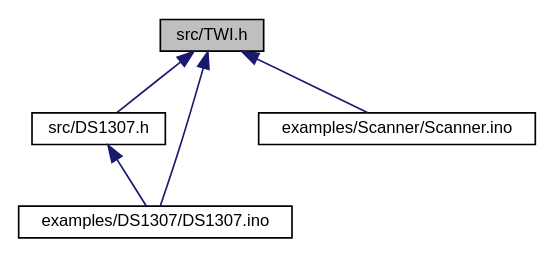
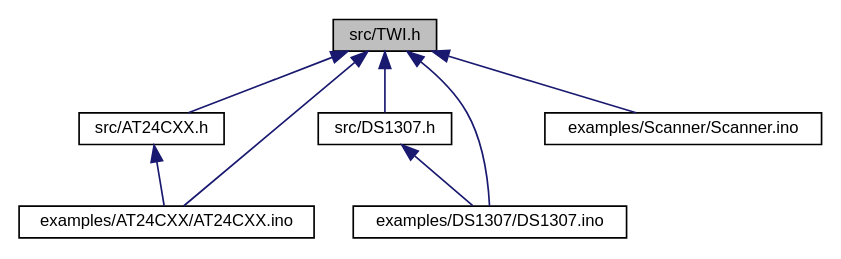
The diagram in Arduino-TWI/d5/d2a/TWI_8h__dep__incl.dot (mikaelpatel/mikaelpatel.github.io), drawn with Graphviz before and after one commit. The commit also changed 386 other files, not shown here.

```diff
--- a/Arduino-TWI/d5/d2a/TWI_8h__dep__incl.dot
+++ b/Arduino-TWI/d5/d2a/TWI_8h__dep__incl.dot
@@ -1,13 +1,18 @@
 digraph "src/TWI.h"
 {
   edge [fontname="Helvetica",fontsize="10",labelfontname="Helvetica",labelfontsize="10"];
   node [fontname="Helvetica",fontsize="10",shape=record];
   Node1 [label="src/TWI.h",height=0.2,width=0.4,color="black", fillcolor="grey75", style="filled", fontcolor="black"];
   Node1 -> Node2 [dir="back",color="midnightblue",fontsize="10",style="solid",fontname="Helvetica"];
-  Node2 [label="src/DS1307.h",height=0.2,width=0.4,color="black", fillcolor="white", style="filled",URL="$de/dba/DS1307_8h.html"];
+  Node2 [label="src/AT24CXX.h",height=0.2,width=0.4,color="black", fillcolor="white", style="filled",URL="$db/d0b/AT24CXX_8h.html"];
   Node2 -> Node3 [dir="back",color="midnightblue",fontsize="10",style="solid",fontname="Helvetica"];
-  Node3 [label="examples/DS1307/DS1307.ino",height=0.2,width=0.4,color="black", fillcolor="white", style="filled",URL="$d3/d10/DS1307_8ino.html"];
+  Node3 [label="examples/AT24CXX/AT24CXX.ino",height=0.2,width=0.4,color="black", fillcolor="white", style="filled",URL="$de/d62/AT24CXX_8ino.html"];
+  Node1 -> Node4 [dir="back",color="midnightblue",fontsize="10",style="solid",fontname="Helvetica"];
+  Node4 [label="src/DS1307.h",height=0.2,width=0.4,color="black", fillcolor="white", style="filled",URL="$de/dba/DS1307_8h.html"];
+  Node4 -> Node5 [dir="back",color="midnightblue",fontsize="10",style="solid",fontname="Helvetica"];
+  Node5 [label="examples/DS1307/DS1307.ino",height=0.2,width=0.4,color="black", fillcolor="white", style="filled",URL="$d3/d10/DS1307_8ino.html"];
   Node1 -> Node3 [dir="back",color="midnightblue",fontsize="10",style="solid",fontname="Helvetica"];
-  Node1 -> Node4 [dir="back",color="midnightblue",fontsize="10",style="solid",fontname="Helvetica"];
-  Node4 [label="examples/Scanner/Scanner.ino",height=0.2,width=0.4,color="black", fillcolor="white", style="filled",URL="$dd/da4/Scanner_8ino.html"];
+  Node1 -> Node5 [dir="back",color="midnightblue",fontsize="10",style="solid",fontname="Helvetica"];
+  Node1 -> Node6 [dir="back",color="midnightblue",fontsize="10",style="solid",fontname="Helvetica"];
+  Node6 [label="examples/Scanner/Scanner.ino",height=0.2,width=0.4,color="black", fillcolor="white", style="filled",URL="$dd/da4/Scanner_8ino.html"];
 }
```
